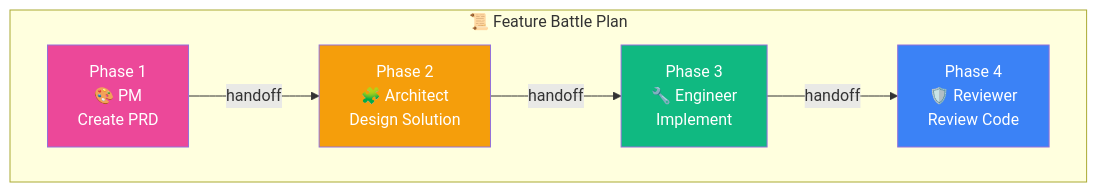
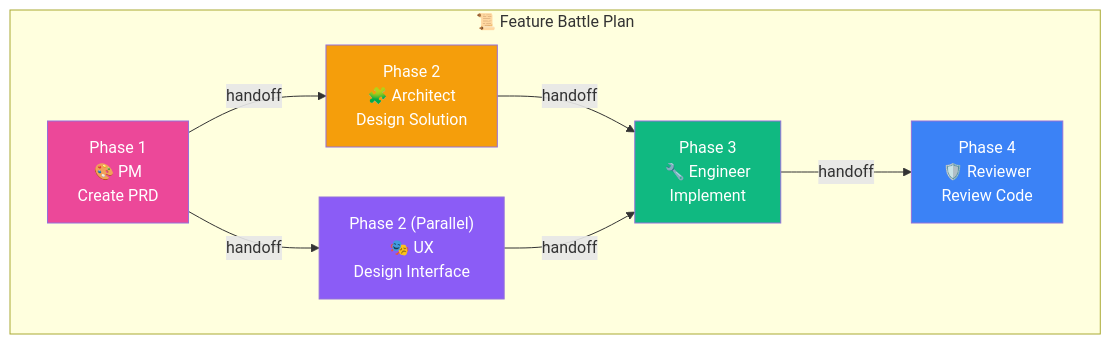
The third of 8 diagrams in README.md (jnPiyush/AI-Squad), drawn with Mermaid before and after one commit. The commit also changed other lines of this file, not shown here.

First line of the commit message:
docs: fix README workflow diagrams and add complete prerequisites

````diff
--- a/README.md
+++ b/README.md
@@ -119,19 +119,22 @@
 ```mermaid
-flowchart LR
+flowchart TB
     subgraph "📜 Feature Battle Plan"
-        direction LR
         P1["Phase 1<br/>🎨 PM<br/>Create PRD"]
         P2["Phase 2<br/>🧩 Architect<br/>Design Solution"]
-        P3["Phase 3<br/>🔧 Engineer<br/>Implement"]
-        P4["Phase 4<br/>🛡️ Reviewer<br/>Review Code"]
+        P3["Phase 2 (Parallel)<br/>🎭 UX<br/>Design Interface"]
+        P4["Phase 3<br/>🔧 Engineer<br/>Implement"]
+        P5["Phase 4<br/>🛡️ Reviewer<br/>Review Code"]
         
         P1 -->|handoff| P2
-        P2 -->|handoff| P3
+        P1 -->|handoff| P3
+        P2 -->|handoff| P4
         P3 -->|handoff| P4
+        P4 -->|handoff| P5
     end
     
     style P1 fill:#ec4899,color:#fff
     style P2 fill:#f59e0b,color:#fff
-    style P3 fill:#10b981,color:#fff
-    style P4 fill:#3b82f6,color:#fff
+    style P3 fill:#8b5cf6,color:#fff
+    style P4 fill:#10b981,color:#fff
+    style P5 fill:#3b82f6,color:#fff
 ```
````
